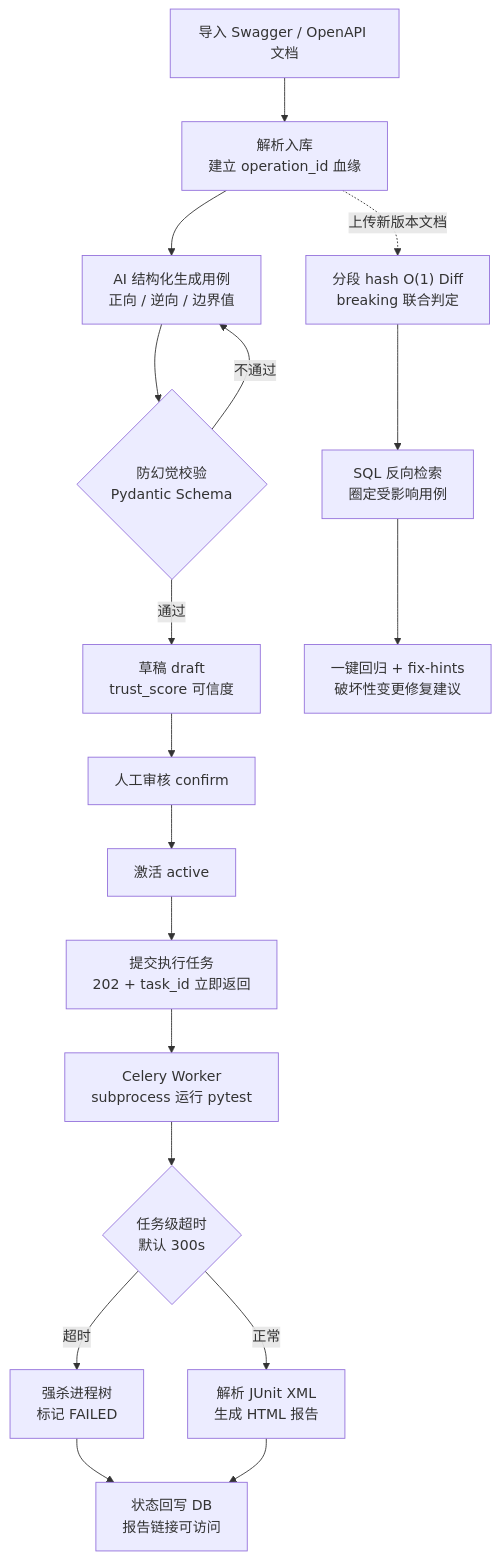
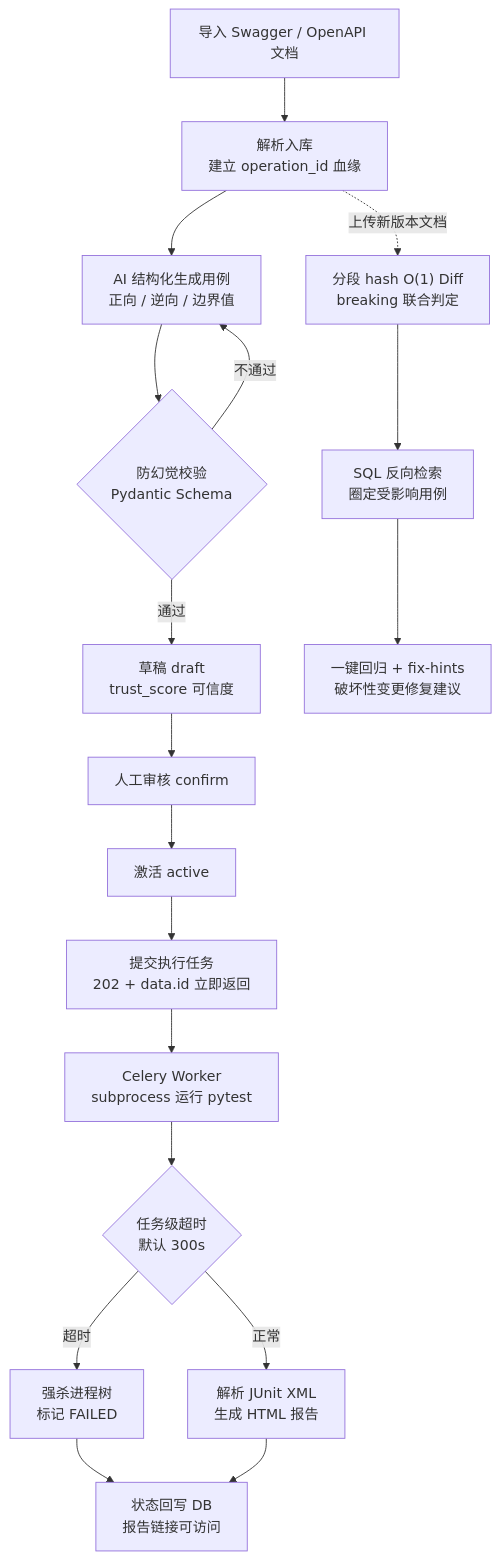
The first of 2 diagrams in README.md (Testamentt/ApiTestPlatform_Backend), drawn with Mermaid before and after one commit. The commit also changed other lines of this file and 7 other files, not shown here.

Commit message:
docs: 与实现对齐的事实修正 11 处（cancel 口径/result_summary 枚举/untested_ops active/README data.id/状态图补边）

````diff
--- a/README.md
+++ b/README.md
@@ -89,20 +89,20 @@
 ```mermaid
 flowchart TD
     A["导入 Swagger / OpenAPI 文档"] --> B["解析入库<br>建立 operation_id 血缘"]
     B --> C["AI 结构化生成用例<br>正向 / 逆向 / 边界值"]
     C --> D{"防幻觉校验<br>Pydantic Schema"}
     D -- "不通过" --> C
     D -- "通过" --> E["草稿 draft<br>trust_score 可信度"]
     E --> F["人工审核 confirm"]
     F --> G["激活 active"]
-    G --> H["提交执行任务<br>202 + task_id 立即返回"]
+    G --> H["提交执行任务<br>202 + data.id 立即返回"]
     H --> I["Celery Worker<br>subprocess 运行 pytest"]
     I --> J{"任务级超时<br>默认 300s"}
     J -- "超时" --> K["强杀进程树<br>标记 FAILED"]
     J -- "正常" --> L["解析 JUnit XML<br>生成 HTML 报告"]
     K --> M["状态回写 DB<br>报告链接可访问"]
     L --> M
     B -. "上传新版本文档" .-> N["分段 hash O(1) Diff<br>breaking 联合判定"]
     N --> O["SQL 反向检索<br>圈定受影响用例"]
     O --> P["一键回归 + fix-hints<br>破坏性变更修复建议"]
 ```
````
